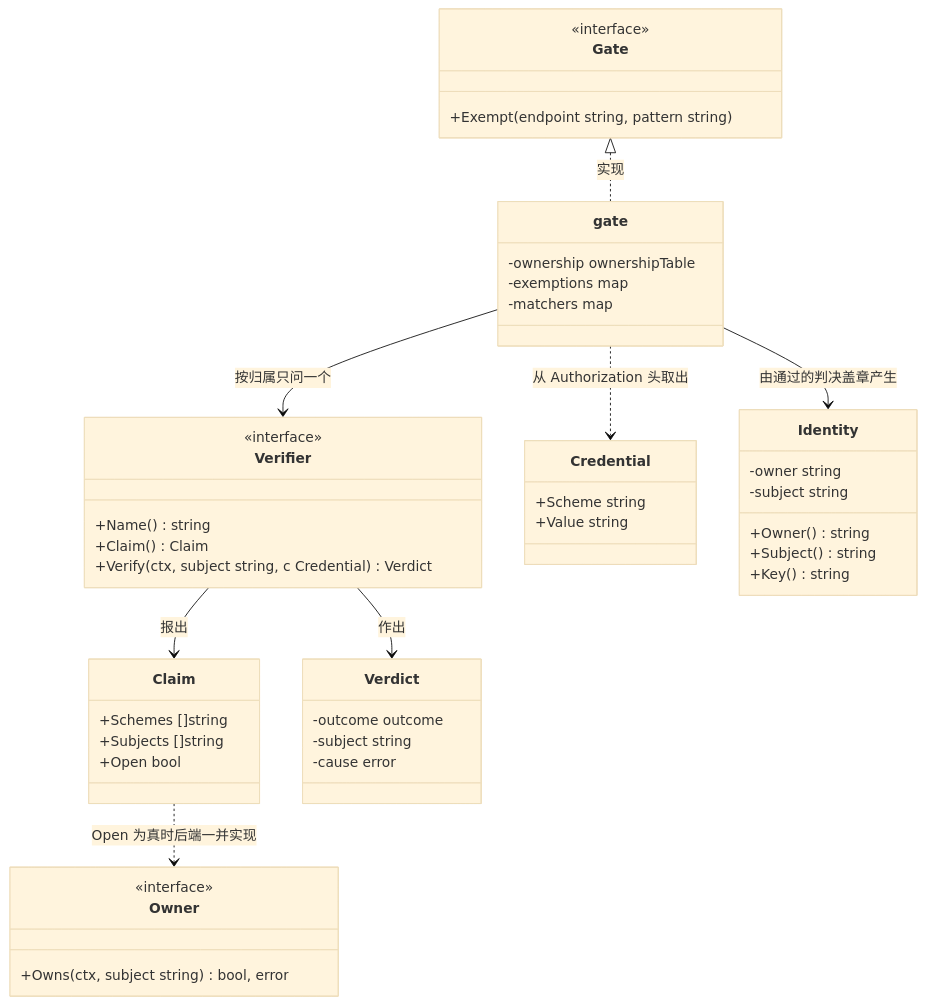
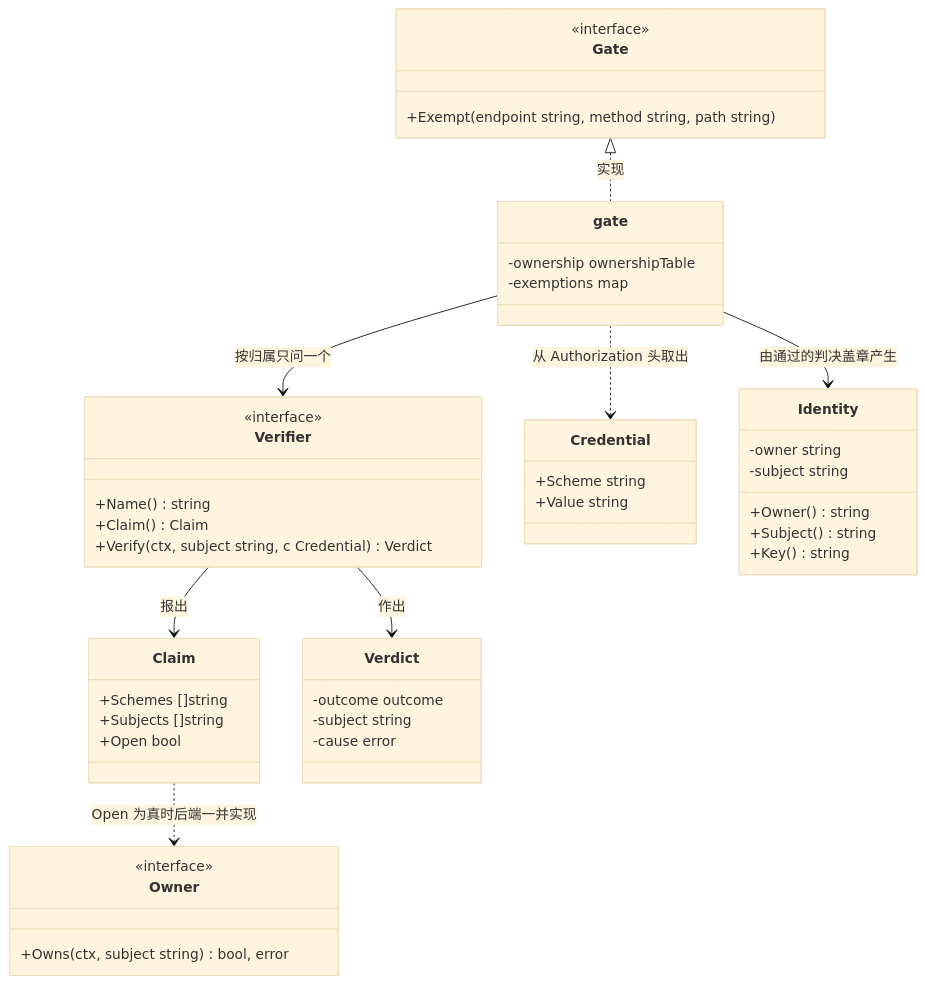
Before and after one commit to wangzw/speed: the first of 2 diagrams in docs/design/modules/design-authn.md, drawn with Mermaid (base theme). The commit also changed other lines of this file and 21 other files, not shown here.

````diff
--- a/docs/design/modules/design-authn.md
+++ b/docs/design/modules/design-authn.md
@@ -230,50 +232,49 @@
 ```mermaid
 classDiagram
     class Gate {
         <<interface>>
-        +Exempt(endpoint string, pattern string)
+        +Exempt(endpoint string, method string, path string)
     }
     class Verifier {
         <<interface>>
         +Name() string
         +Claim() Claim
         +Verify(ctx, subject string, c Credential) Verdict
     }
     class Owner {
         <<interface>>
         +Owns(ctx, subject string) bool, error
     }
     class Claim {
         +Schemes []string
         +Subjects []string
         +Open bool
     }
     class Credential {
         +Scheme string
         +Value string
     }
     class Verdict {
         -outcome outcome
         -subject string
         -cause error
     }
     class Identity {
         -owner string
         -subject string
         +Owner() string
         +Subject() string
         +Key() string
     }
     class gate {
         -ownership ownershipTable
         -exemptions map
-        -matchers map
     }
     Gate <|.. gate : 实现
     Verifier --> Claim : 报出
     Verifier --> Verdict : 作出
     Claim ..> Owner : Open 为真时后端一并实现
     gate --> Verifier : 按归属只问一个
     gate ..> Credential : 从 Authorization 头取出
     gate --> Identity : 由通过的判决盖章产生
 ```
````
